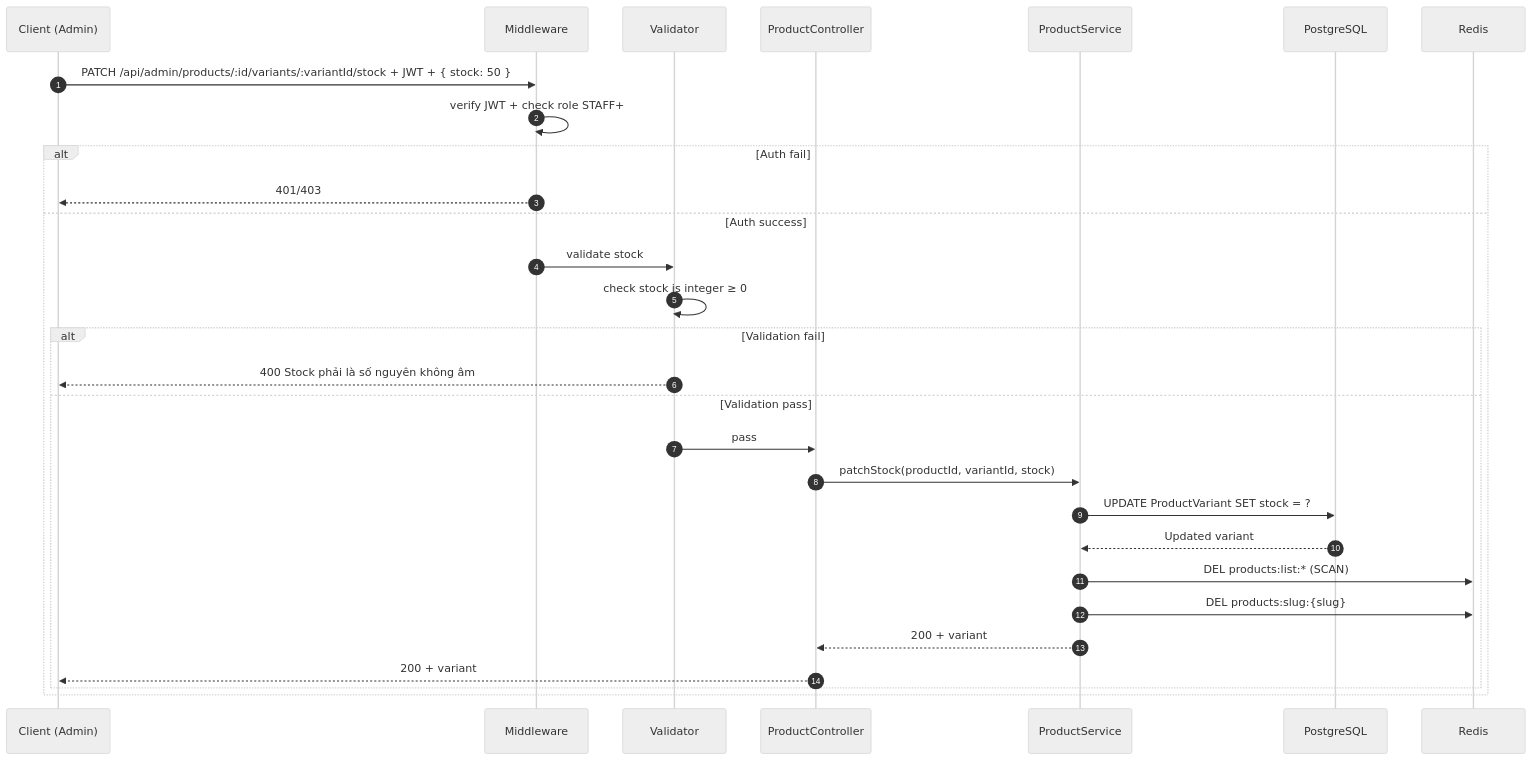
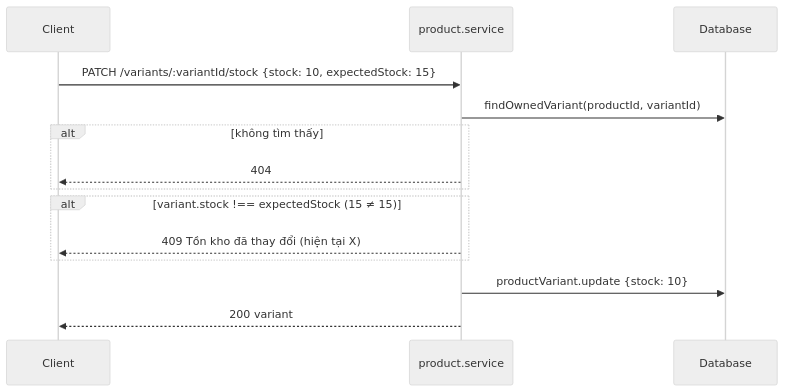
Before and after one commit to phamvinh203/mobivexa: the fifth of 7 diagrams in docs/Product/SequenceDiagram.md, drawn with Mermaid (neutral theme). The commit also changed other lines of this file and 79 other files, not shown here.

Commit message:
📜 Add documentation for Inventory and Favorite modules including Use Cases, API Specifications, and Activity Diagrams

````diff
--- a/docs/Product/SequenceDiagram.md
+++ b/docs/Product/SequenceDiagram.md
@@ -327,32 +108,17 @@
 ```mermaid
 sequenceDiagram
-    autonumber
-    participant C as Client (Admin)
-    participant M as Middleware
-    participant V as Validator
-    participant API as ProductController
-    participant S as ProductService
-    participant DB as PostgreSQL
-    participant R as Redis
+    participant C as Client
+    participant S as product.service
+    participant DB as Database
 
-    C->>M: PATCH /api/admin/products/:id/variants/:variantId/stock + JWT + { stock: 50 }
-    M->>M: verify JWT + check role STAFF+
-    alt Auth fail
-        M-->>C: 401/403
-    else Auth success
-        M->>V: validate stock
-        V->>V: check stock is integer ≥ 0
-        alt Validation fail
-            V-->>C: 400 Stock phải là số nguyên không âm
-        else Validation pass
-            V->>API: pass
-            API->>S: patchStock(productId, variantId, stock)
-            S->>DB: UPDATE ProductVariant SET stock = ?
-            DB-->>S: Updated variant
-            S->>R: DEL products:list:* (SCAN)
-            S->>R: DEL products:slug:{slug}
-            S-->>API: 200 + variant
-            API-->>C: 200 + variant
-        end
+    C->>S: PATCH /variants/:variantId/stock {stock: 10, expectedStock: 15}
+    S->>DB: findOwnedVariant(productId, variantId)
+    alt không tìm thấy
+        S-->>C: 404
     end
+    alt variant.stock !== expectedStock (15 ≠ 15)
+        S-->>C: 409 Tồn kho đã thay đổi (hiện tại X)
+    end
+    S->>DB: productVariant.update {stock: 10}
+    S-->>C: 200 variant
 ```
````
